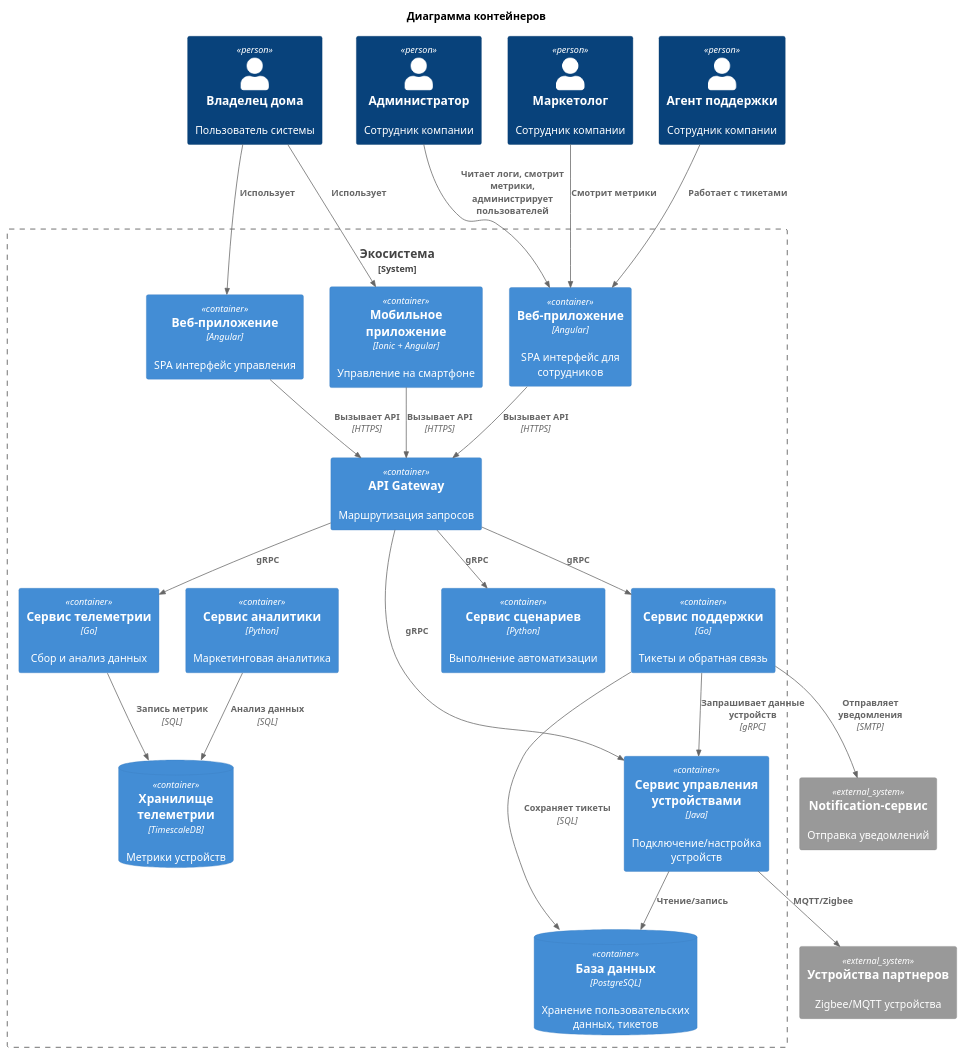
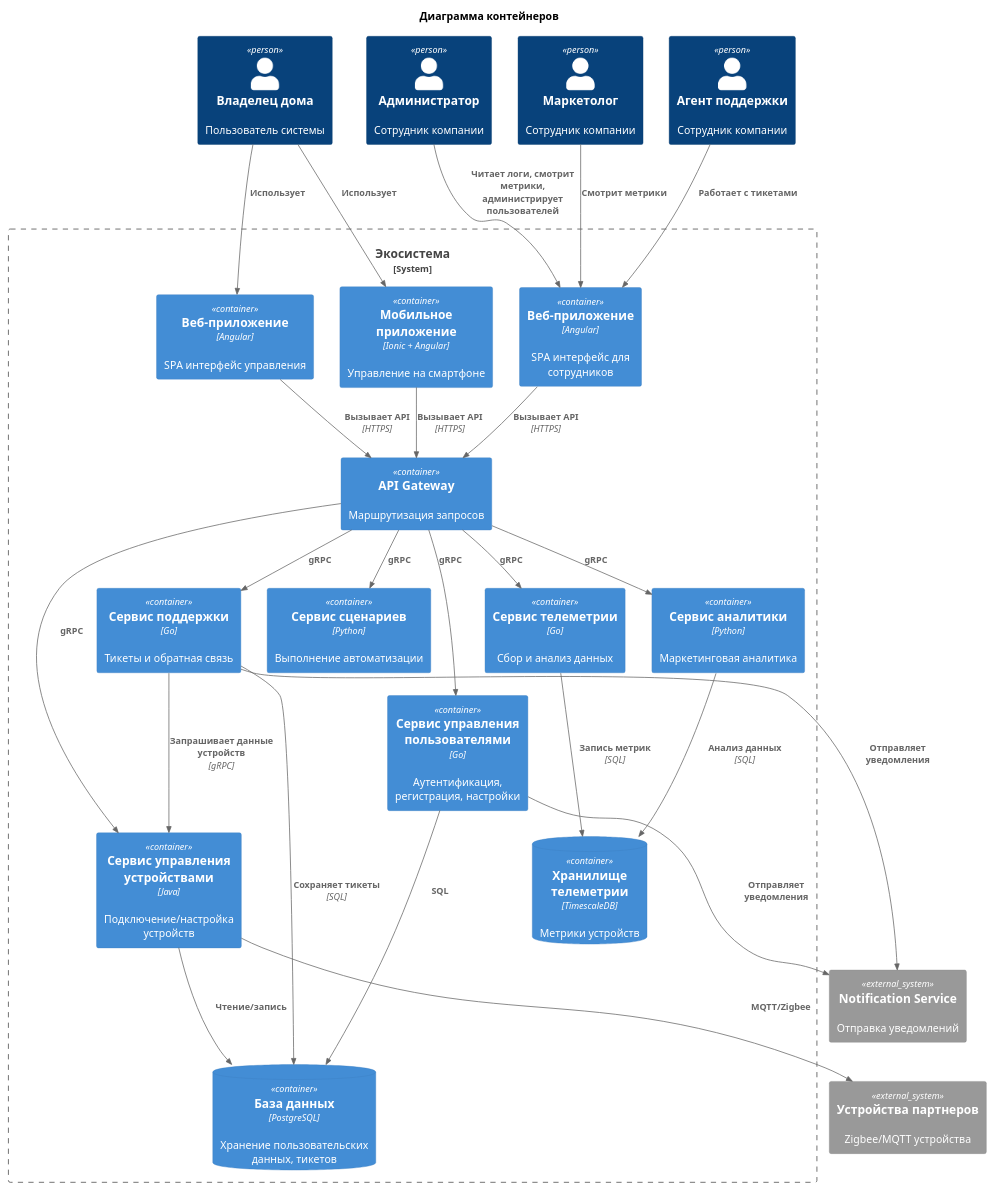
Before and after one commit to Maxssobolev/ypr-sprint1: the diagram in docs/architecture/container/container.puml, drawn with PlantUML. The commit also changed 8 other files, not shown here.

```diff
--- a/docs/architecture/container/container.puml
+++ b/docs/architecture/container/container.puml
@@ -1,50 +1,55 @@
 @startuml ContainersDiagram
 !include https://raw.githubusercontent.com/plantuml-stdlib/C4-PlantUML/master/C4_Container.puml
 
 title Диаграмма контейнеров
 
 Person(owner, "Владелец дома", "Пользователь системы")
 Person(support_agent, "Агент поддержки", "Сотрудник компании")
 Person(admin, "Администратор", "Сотрудник компании")
 Person(martket_agent, "Маркетолог", "Сотрудник компании")
 
 
 System_Boundary(ecosystem, "Экосистема") {
     Container(web, "Веб-приложение", "Angular", "SPA интерфейс управления")
     Container(web2, "Веб-приложение", "Angular", "SPA интерфейс для сотрудников")
     Container(support, "Сервис поддержки", "Go", "Тикеты и обратная связь")
     Container(mobile, "Мобильное приложение", "Ionic + Angular", "Управление на смартфоне")
     Container(api, "API Gateway", "", "Маршрутизация запросов")
     Container(device_mgmt, "Сервис управления устройствами", "Java", "Подключение/настройка устройств")
     Container(automation, "Сервис сценариев", "Python", "Выполнение автоматизации")
+    Container(user_service, "Сервис управления пользователями", "Go", "Аутентификация, регистрация, настройки")
     Container(telemetry, "Сервис телеметрии", "Go", "Сбор и анализ данных")
     Container(analytics, "Сервис аналитики", "Python", "Маркетинговая аналитика")
     ContainerDb(db, "База данных", "PostgreSQL", "Хранение пользовательских данных, тикетов")
     ContainerDb(tsdb, "Хранилище телеметрии", "TimescaleDB", "Метрики устройств")
 }
 
 System_Ext(partner_devices, "Устройства партнеров", "Zigbee/MQTT устройства")
-System_Ext(email, "Notification-сервис", "Отправка уведомлений")
+System_Ext(email, "Notification Service", "Отправка уведомлений")
 
 
 Rel(owner, web, "Использует")
 Rel(support_agent, web2, "Работает с тикетами")
 Rel(martket_agent, web2, "Смотрит метрики")
 Rel(admin, web2, "Читает логи, смотрит метрики, администрирует пользователей")
 Rel(owner, mobile, "Использует")
 Rel(web, api, "Вызывает API", "HTTPS")
 Rel(web2, api, "Вызывает API", "HTTPS")
 Rel(mobile, api, "Вызывает API", "HTTPS")
 Rel(api, device_mgmt, "gRPC")
+Rel(api, user_service, "gRPC")
 Rel(api, automation, "gRPC")
 Rel(api, telemetry, "gRPC")
 Rel(device_mgmt, partner_devices, "MQTT/Zigbee")
 Rel(device_mgmt, db, "Чтение/запись")
 Rel(telemetry, tsdb, "Запись метрик", "SQL")
 Rel(analytics, tsdb, "Анализ данных", "SQL")
+Rel(api, analytics, "gRPC")
 Rel(api, support, "gRPC")
-Rel(support, email, "Отправляет уведомления", "SMTP")
+Rel(support, email, "Отправляет уведомления")
+Rel(user_service, email, "Отправляет уведомления")
 Rel(support, device_mgmt, "Запрашивает данные устройств", "gRPC")
 Rel(support, db, "Сохраняет тикеты", "SQL")
+Rel(user_service, db, "SQL")
 
 @enduml
```
